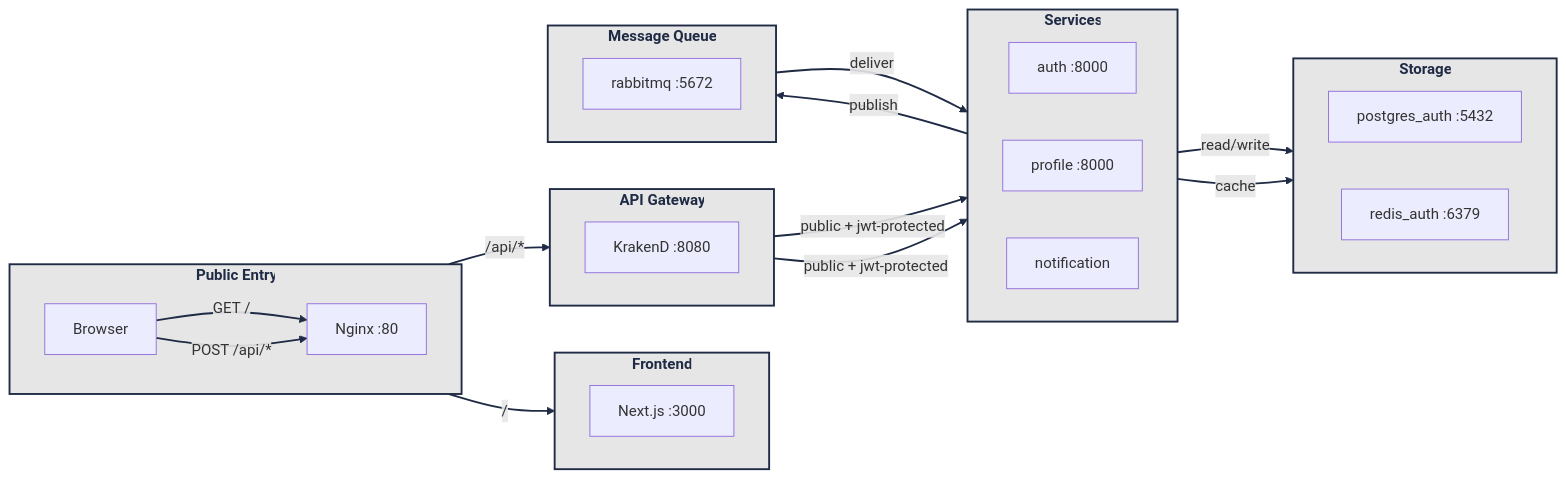
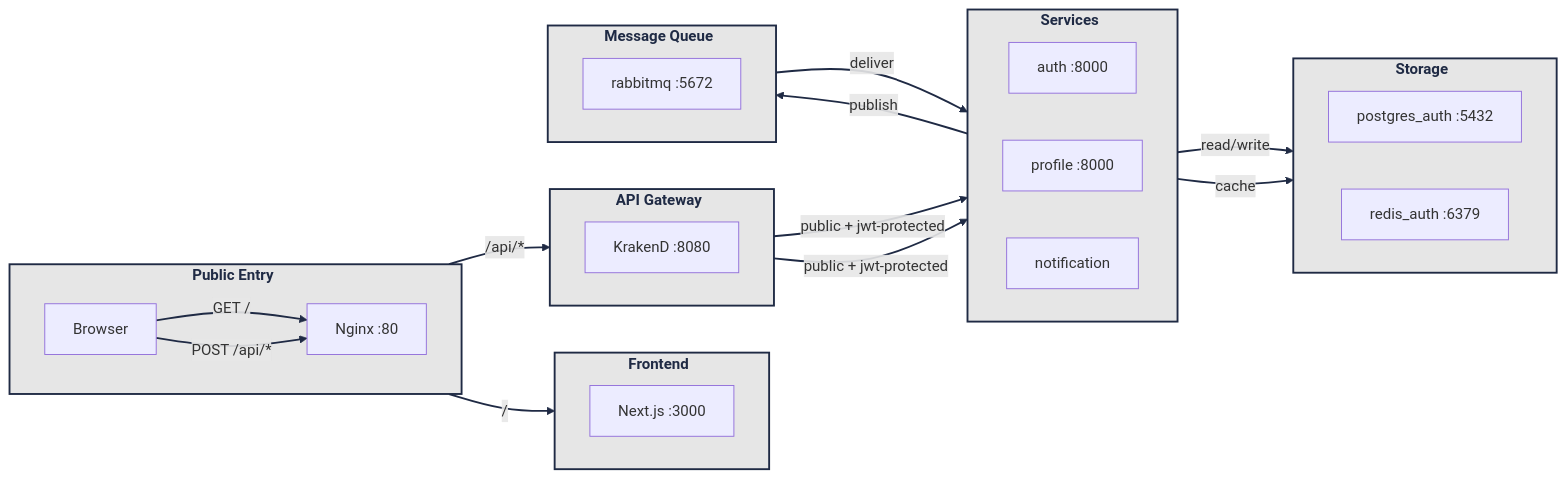
One commit to mindcoree/LoreLounge changed the diagram in README.md. Above: the diagram before and after it, drawn with Mermaid.

Commit message:
style: обновить подписи в диаграмме архитектуры для улучшения читаемости

````diff
--- a/README.md
+++ b/README.md
@@ -22,56 +22,56 @@
 ```mermaid
 flowchart LR
-    subgraph Public["Public Entry "]
+    subgraph Public["Public Entry&nbsp;&nbsp;"]
         direction LR
         Browser["Browser"]
         Nginx["Nginx :80"]
     end
 
-    subgraph Frontend["Frontend "]
+    subgraph Frontend["Frontend&nbsp;&nbsp;"]
         direction LR
         NextJS["Next.js :3000"]
     end
 
-    subgraph Gateway["API Gateway "]
+    subgraph Gateway["API Gateway&nbsp;&nbsp;"]
         direction LR
         KrakenD["KrakenD :8080"]
     end
 
-    subgraph Services["Services "]
+    subgraph Services["Services&nbsp;&nbsp;"]
         direction LR
         Auth["auth :8000"]
         Profile["profile :8000"]
         Notif["notification"]
     end
 
-    subgraph Broker["Message Queue "]
+    subgraph Broker["Message Queue&nbsp;&nbsp;"]
         direction LR
         RMQ["rabbitmq :5672"]
     end
 
-    subgraph Storage["Storage "]
+    subgraph Storage["Storage&nbsp;&nbsp;"]
         direction LR
         PG["postgres_auth :5432"]
         Redis["redis_auth :6379"]
     end
 
     Browser -->|"GET /"| Nginx
     Browser -->|"POST /api/*"| Nginx
     Nginx -->|"/"| NextJS
     Nginx -->|"/api/*"| KrakenD
     KrakenD -->|"public + jwt-protected"| Auth
     KrakenD -->|"public + jwt-protected"| Profile
     Auth -->|"publish"| RMQ
     RMQ -->|"deliver"| Notif
     Auth -->|"read/write"| PG
     Auth -->|"cache"| Redis
 
     style Public fill:#E6E6E6, stroke:#1F2A44, stroke-width:2px, color:#1F2A44, font-weight:600
     style Frontend fill:#E6E6E6, stroke:#1F2A44, stroke-width:2px, color:#1F2A44, font-weight:600
     style Gateway fill:#E6E6E6, stroke:#1F2A44, stroke-width:2px, color:#1F2A44, font-weight:600
     style Services fill:#E6E6E6, stroke:#1F2A44, stroke-width:2px, color:#1F2A44, font-weight:600
     style Storage fill:#E6E6E6, stroke:#1F2A44, stroke-width:2px, color:#1F2A44, font-weight:600
     style Broker fill:#E6E6E6, stroke:#1F2A44, stroke-width:2px, color:#1F2A44, font-weight:600
 
     linkStyle 0,1,2,3,4,5,6,7,8,9 stroke:#1F2A44, stroke-width:2px
 ```
````
